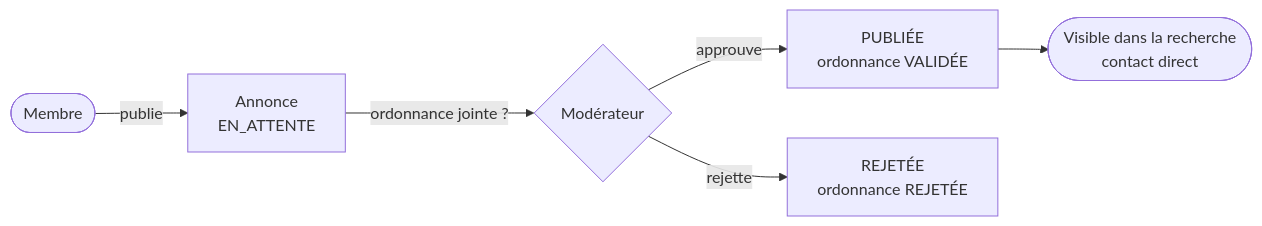
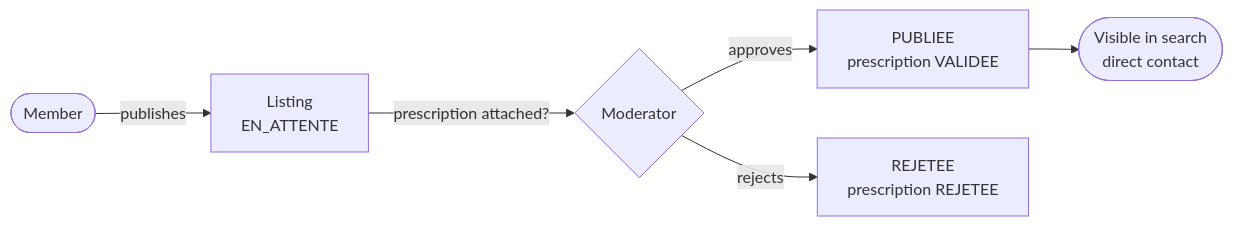
One commit to islemredouane/MedLinkDZ changed the second of 2 diagrams in README.md. Above: the diagram before and after it, drawn with Mermaid. The commit also changed other lines of this file and 22 other files, not shown here.

````diff
--- a/README.md
+++ b/README.md
@@ -146,8 +266,8 @@
 ```mermaid
 flowchart LR
-    A([Membre]) -->|publie| B[Annonce<br/>EN_ATTENTE]
-    B -->|ordonnance jointe ?| C{Modérateur}
-    C -->|approuve| D[PUBLIÉE<br/>ordonnance VALIDÉE]
-    C -->|rejette| E[REJETÉE<br/>ordonnance REJETÉE]
-    D --> F([Visible dans la recherche<br/>contact direct])
+    A([Member]) -->|publishes| B[Listing<br/>EN_ATTENTE]
+    B -->|prescription attached?| C{Moderator}
+    C -->|approves| D[PUBLIEE<br/>prescription VALIDEE]
+    C -->|rejects| E[REJETEE<br/>prescription REJETEE]
+    D --> F([Visible in search<br/>direct contact])
 ```
````
